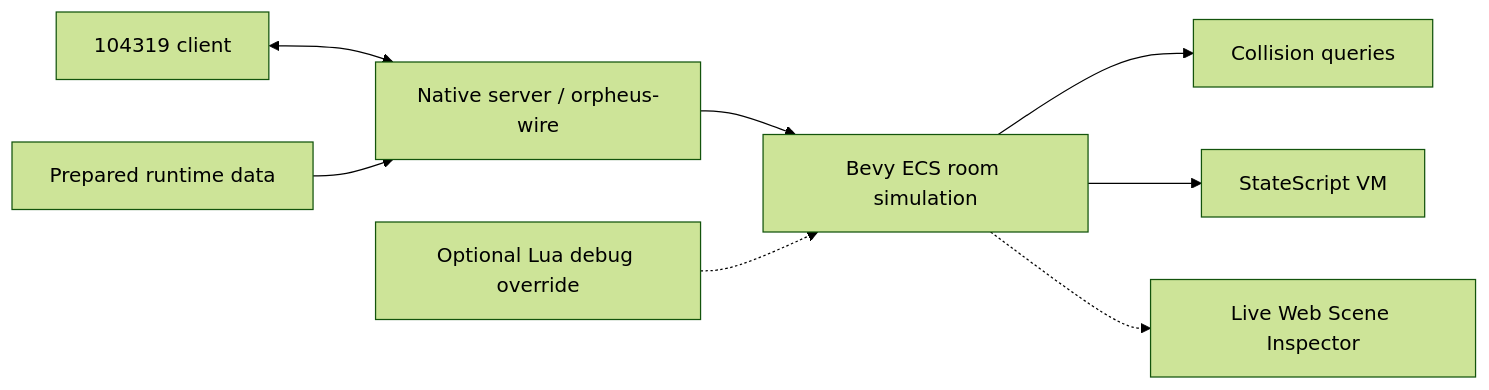
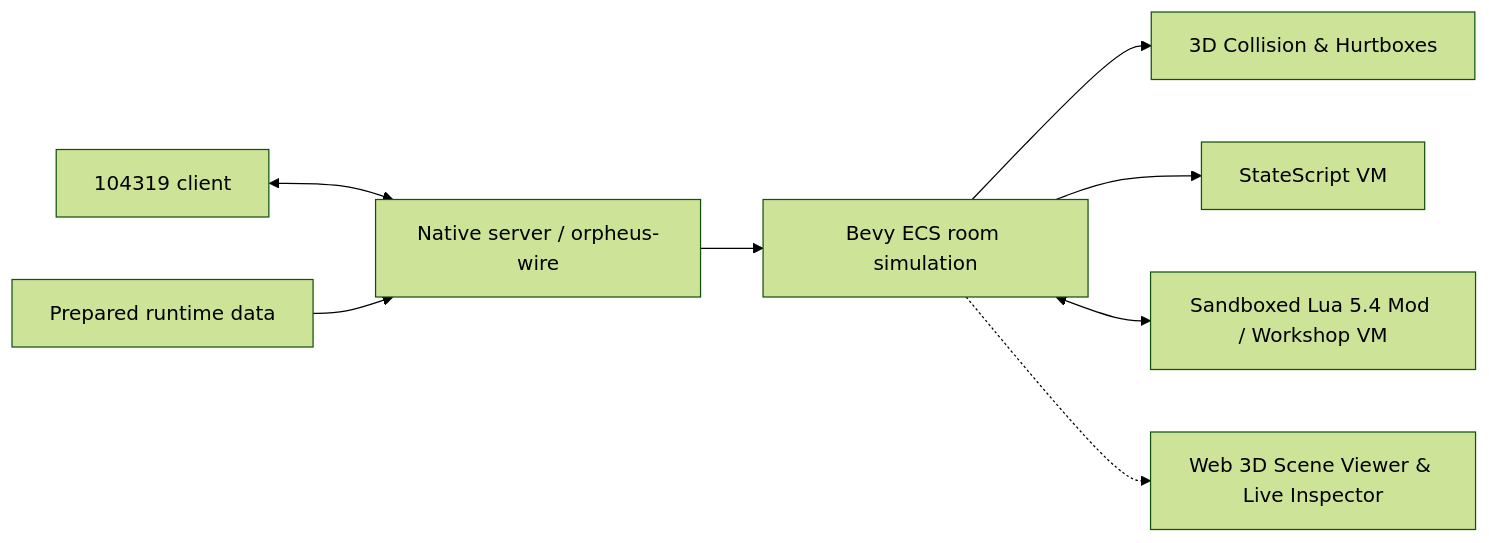
One commit to NotVerySmart123221/ORPHEUS changed the diagram in README.md. Above: the diagram before and after it, drawn with Mermaid (forest theme). The commit also changed other lines of this file and 7 other files, not shown here.

First line of the commit message:
docs & inspector: add 3D Orbit Web Viewer, highlight Lua 5.4 Mods, rename main->python & credit memcpy

````diff
--- a/README.md
+++ b/README.md
@@ -114,10 +120,10 @@
 ```mermaid
 flowchart LR
     Client["104319 client"] <--> Server["Native server / orpheus-wire"]
     Server --> ECS["Bevy ECS room simulation"]
     Runtime["Prepared runtime data"] --> Server
-    ECS --> Collision["Collision queries"]
+    ECS --> Collision["3D Collision & Hurtboxes"]
     ECS --> StateScript["StateScript VM"]
-    ECS -.-> Inspector["Live Web Scene Inspector"]
-    Lua["Optional Lua debug override"] -.-> ECS
+    ECS <--> LuaMod["Sandboxed Lua 5.4 Mod / Workshop VM"]
+    ECS -.-> Inspector["Web 3D Scene Viewer & Live Inspector"]
 ```
````
